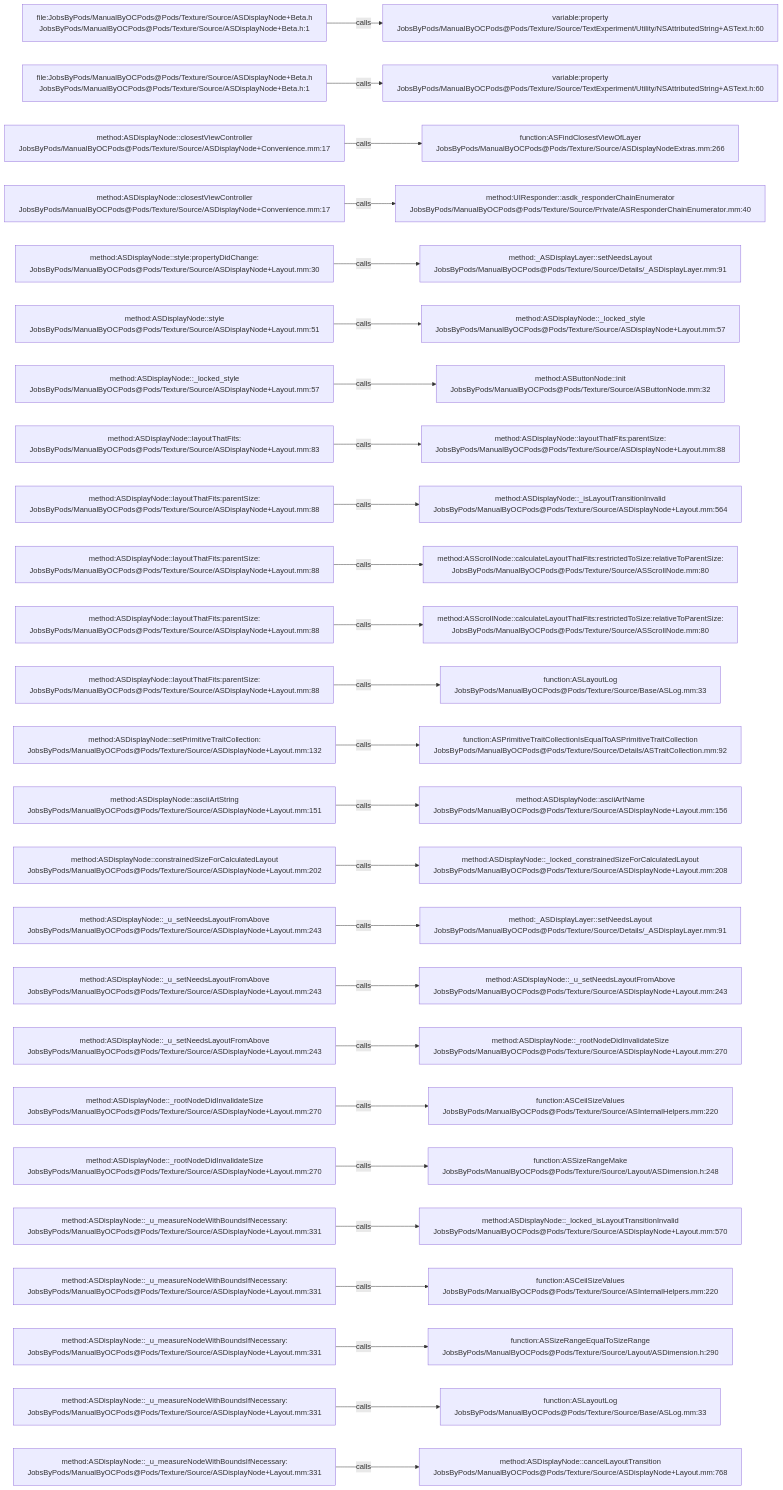
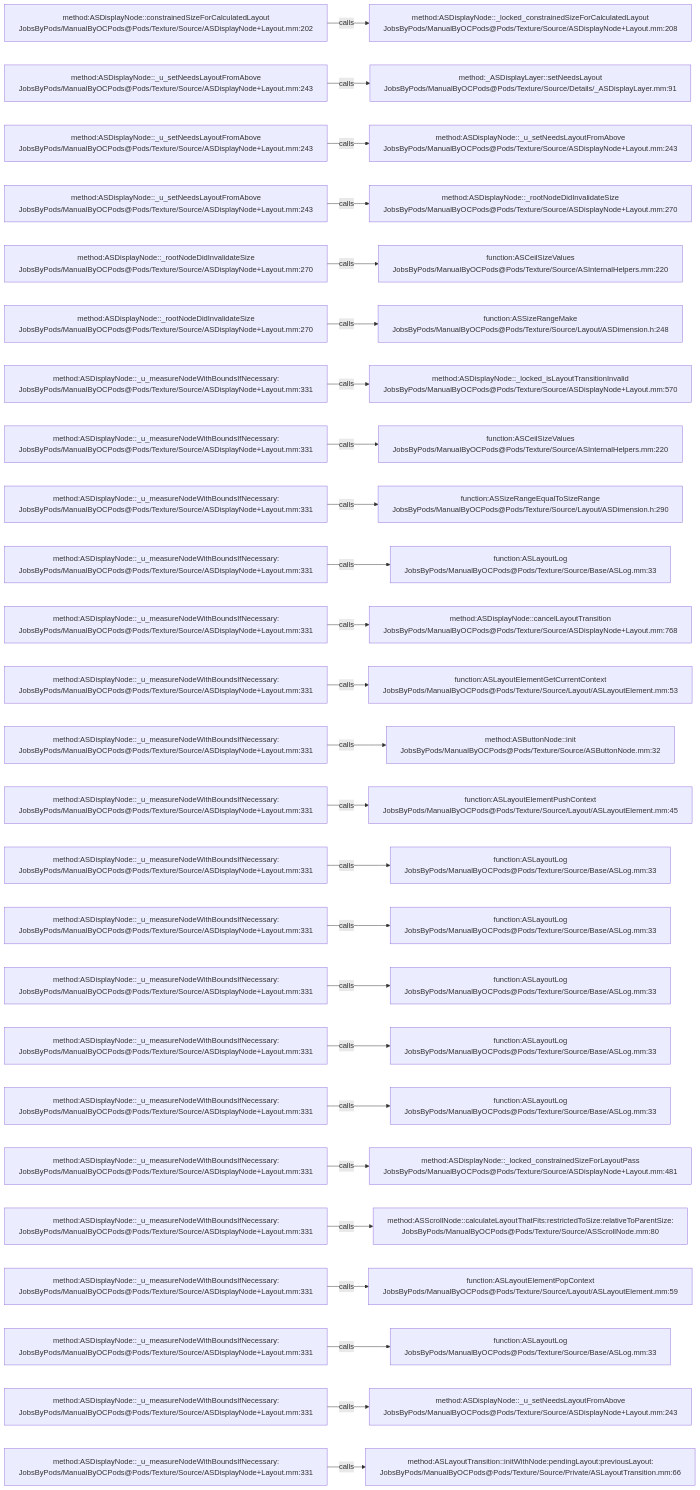
The diagram in .codegraph/codegraph.md/graphs/calls-092.md (JobsKits/JobsOCBaseConfigDemo), drawn with Mermaid before and after one commit. The commit also changed 296 other files, not shown here.

````diff
--- a/.codegraph/codegraph.md/graphs/calls-092.md
+++ b/.codegraph/codegraph.md/graphs/calls-092.md
@@ -13,78 +13,78 @@
 ```mermaid
 flowchart LR
-  S1["file:JobsByPods/ManualByOCPods@Pods/Texture/Source/ASDisplayNode+Beta.h<br/>JobsByPods/ManualByOCPods@Pods/Texture/Source/ASDisplayNode+Beta.h:1"]
-  T1["variable:property<br/>JobsByPods/ManualByOCPods@Pods/Texture/Source/TextExperiment/Utility/NSAttributedString+ASText.h:60"]
+  S1["method:ASDisplayNode::constrainedSizeForCalculatedLayout<br/>JobsByPods/ManualByOCPods@Pods/Texture/Source/ASDisplayNode+Layout.mm:202"]
+  T1["method:ASDisplayNode::_locked_constrainedSizeForCalculatedLayout<br/>JobsByPods/ManualByOCPods@Pods/Texture/Source/ASDisplayNode+Layout.mm:208"]
   S1 -->|calls| T1
-  S2["file:JobsByPods/ManualByOCPods@Pods/Texture/Source/ASDisplayNode+Beta.h<br/>JobsByPods/ManualByOCPods@Pods/Texture/Source/ASDisplayNode+Beta.h:1"]
-  T2["variable:property<br/>JobsByPods/ManualByOCPods@Pods/Texture/Source/TextExperiment/Utility/NSAttributedString+ASText.h:60"]
+  S2["method:ASDisplayNode::_u_setNeedsLayoutFromAbove<br/>JobsByPods/ManualByOCPods@Pods/Texture/Source/ASDisplayNode+Layout.mm:243"]
+  T2["method:_ASDisplayLayer::setNeedsLayout<br/>JobsByPods/ManualByOCPods@Pods/Texture/Source/Details/_ASDisplayLayer.mm:91"]
   S2 -->|calls| T2
-  S3["method:ASDisplayNode::closestViewController<br/>JobsByPods/ManualByOCPods@Pods/Texture/Source/ASDisplayNode+Convenience.mm:17"]
-  T3["function:ASFindClosestViewOfLayer<br/>JobsByPods/ManualByOCPods@Pods/Texture/Source/ASDisplayNodeExtras.mm:266"]
+  S3["method:ASDisplayNode::_u_setNeedsLayoutFromAbove<br/>JobsByPods/ManualByOCPods@Pods/Texture/Source/ASDisplayNode+Layout.mm:243"]
+  T3["method:ASDisplayNode::_u_setNeedsLayoutFromAbove<br/>JobsByPods/ManualByOCPods@Pods/Texture/Source/ASDisplayNode+Layout.mm:243"]
   S3 -->|calls| T3
-  S4["method:ASDisplayNode::closestViewController<br/>JobsByPods/ManualByOCPods@Pods/Texture/Source/ASDisplayNode+Convenience.mm:17"]
-  T4["method:UIResponder::asdk_responderChainEnumerator<br/>JobsByPods/ManualByOCPods@Pods/Texture/Source/Private/ASResponderChainEnumerator.mm:40"]
+  S4["method:ASDisplayNode::_u_setNeedsLayoutFromAbove<br/>JobsByPods/ManualByOCPods@Pods/Texture/Source/ASDisplayNode+Layout.mm:243"]
+  T4["method:ASDisplayNode::_rootNodeDidInvalidateSize<br/>JobsByPods/ManualByOCPods@Pods/Texture/Source/ASDisplayNode+Layout.mm:270"]
   S4 -->|calls| T4
-  S5["method:ASDisplayNode::style:propertyDidChange:<br/>JobsByPods/ManualByOCPods@Pods/Texture/Source/ASDisplayNode+Layout.mm:30"]
-  T5["method:_ASDisplayLayer::setNeedsLayout<br/>JobsByPods/ManualByOCPods@Pods/Texture/Source/Details/_ASDisplayLayer.mm:91"]
+  S5["method:ASDisplayNode::_rootNodeDidInvalidateSize<br/>JobsByPods/ManualByOCPods@Pods/Texture/Source/ASDisplayNode+Layout.mm:270"]
+  T5["function:ASCeilSizeValues<br/>JobsByPods/ManualByOCPods@Pods/Texture/Source/ASInternalHelpers.mm:220"]
   S5 -->|calls| T5
-  S6["method:ASDisplayNode::style<br/>JobsByPods/ManualByOCPods@Pods/Texture/Source/ASDisplayNode+Layout.mm:51"]
-  T6["method:ASDisplayNode::_locked_style<br/>JobsByPods/ManualByOCPods@Pods/Texture/Source/ASDisplayNode+Layout.mm:57"]
+  S6["method:ASDisplayNode::_rootNodeDidInvalidateSize<br/>JobsByPods/ManualByOCPods@Pods/Texture/Source/ASDisplayNode+Layout.mm:270"]
+  T6["function:ASSizeRangeMake<br/>JobsByPods/ManualByOCPods@Pods/Texture/Source/Layout/ASDimension.h:248"]
   S6 -->|calls| T6
-  S7["method:ASDisplayNode::_locked_style<br/>JobsByPods/ManualByOCPods@Pods/Texture/Source/ASDisplayNode+Layout.mm:57"]
-  T7["method:ASButtonNode::init<br/>JobsByPods/ManualByOCPods@Pods/Texture/Source/ASButtonNode.mm:32"]
+  S7["method:ASDisplayNode::_u_measureNodeWithBoundsIfNecessary:<br/>JobsByPods/ManualByOCPods@Pods/Texture/Source/ASDisplayNode+Layout.mm:331"]
+  T7["method:ASDisplayNode::_locked_isLayoutTransitionInvalid<br/>JobsByPods/ManualByOCPods@Pods/Texture/Source/ASDisplayNode+Layout.mm:570"]
   S7 -->|calls| T7
-  S8["method:ASDisplayNode::layoutThatFits:<br/>JobsByPods/ManualByOCPods@Pods/Texture/Source/ASDisplayNode+Layout.mm:83"]
-  T8["method:ASDisplayNode::layoutThatFits:parentSize:<br/>JobsByPods/ManualByOCPods@Pods/Texture/Source/ASDisplayNode+Layout.mm:88"]
+  S8["method:ASDisplayNode::_u_measureNodeWithBoundsIfNecessary:<br/>JobsByPods/ManualByOCPods@Pods/Texture/Source/ASDisplayNode+Layout.mm:331"]
+  T8["function:ASCeilSizeValues<br/>JobsByPods/ManualByOCPods@Pods/Texture/Source/ASInternalHelpers.mm:220"]
   S8 -->|calls| T8
-  S9["method:ASDisplayNode::layoutThatFits:parentSize:<br/>JobsByPods/ManualByOCPods@Pods/Texture/Source/ASDisplayNode+Layout.mm:88"]
-  T9["method:ASDisplayNode::_isLayoutTransitionInvalid<br/>JobsByPods/ManualByOCPods@Pods/Texture/Source/ASDisplayNode+Layout.mm:564"]
+  S9["method:ASDisplayNode::_u_measureNodeWithBoundsIfNecessary:<br/>JobsByPods/ManualByOCPods@Pods/Texture/Source/ASDisplayNode+Layout.mm:331"]
+  T9["function:ASSizeRangeEqualToSizeRange<br/>JobsByPods/ManualByOCPods@Pods/Texture/Source/Layout/ASDimension.h:290"]
   S9 -->|calls| T9
-  S10["method:ASDisplayNode::layoutThatFits:parentSize:<br/>JobsByPods/ManualByOCPods@Pods/Texture/Source/ASDisplayNode+Layout.mm:88"]
-  T10["method:ASScrollNode::calculateLayoutThatFits:restrictedToSize:relativeToParentSize:<br/>JobsByPods/ManualByOCPods@Pods/Texture/Source/ASScrollNode.mm:80"]
+  S10["method:ASDisplayNode::_u_measureNodeWithBoundsIfNecessary:<br/>JobsByPods/ManualByOCPods@Pods/Texture/Source/ASDisplayNode+Layout.mm:331"]
+  T10["function:ASLayoutLog<br/>JobsByPods/ManualByOCPods@Pods/Texture/Source/Base/ASLog.mm:33"]
   S10 -->|calls| T10
-  S11["method:ASDisplayNode::layoutThatFits:parentSize:<br/>JobsByPods/ManualByOCPods@Pods/Texture/Source/ASDisplayNode+Layout.mm:88"]
-  T11["method:ASScrollNode::calculateLayoutThatFits:restrictedToSize:relativeToParentSize:<br/>JobsByPods/ManualByOCPods@Pods/Texture/Source/ASScrollNode.mm:80"]
+  S11["method:ASDisplayNode::_u_measureNodeWithBoundsIfNecessary:<br/>JobsByPods/ManualByOCPods@Pods/Texture/Source/ASDisplayNode+Layout.mm:331"]
+  T11["method:ASDisplayNode::cancelLayoutTransition<br/>JobsByPods/ManualByOCPods@Pods/Texture/Source/ASDisplayNode+Layout.mm:768"]
   S11 -->|calls| T11
-  S12["method:ASDisplayNode::layoutThatFits:parentSize:<br/>JobsByPods/ManualByOCPods@Pods/Texture/Source/ASDisplayNode+Layout.mm:88"]
-  T12["function:ASLayoutLog<br/>JobsByPods/ManualByOCPods@Pods/Texture/Source/Base/ASLog.mm:33"]
+  S12["method:ASDisplayNode::_u_measureNodeWithBoundsIfNecessary:<br/>JobsByPods/ManualByOCPods@Pods/Texture/Source/ASDisplayNode+Layout.mm:331"]
+  T12["function:ASLayoutElementGetCurrentContext<br/>JobsByPods/ManualByOCPods@Pods/Texture/Source/Layout/ASLayoutElement.mm:53"]
   S12 -->|calls| T12
-  S13["method:ASDisplayNode::setPrimitiveTraitCollection:<br/>JobsByPods/ManualByOCPods@Pods/Texture/Source/ASDisplayNode+Layout.mm:132"]
-  T13["function:ASPrimitiveTraitCollectionIsEqualToASPrimitiveTraitCollection<br/>JobsByPods/ManualByOCPods@Pods/Texture/Source/Details/ASTraitCollection.mm:92"]
+  S13["method:ASDisplayNode::_u_measureNodeWithBoundsIfNecessary:<br/>JobsByPods/ManualByOCPods@Pods/Texture/Source/ASDisplayNode+Layout.mm:331"]
+  T13["method:ASButtonNode::init<br/>JobsByPods/ManualByOCPods@Pods/Texture/Source/ASButtonNode.mm:32"]
   S13 -->|calls| T13
-  S14["method:ASDisplayNode::asciiArtString<br/>JobsByPods/ManualByOCPods@Pods/Texture/Source/ASDisplayNode+Layout.mm:151"]
-  T14["method:ASDisplayNode::asciiArtName<br/>JobsByPods/ManualByOCPods@Pods/Texture/Source/ASDisplayNode+Layout.mm:156"]
+  S14["method:ASDisplayNode::_u_measureNodeWithBoundsIfNecessary:<br/>JobsByPods/ManualByOCPods@Pods/Texture/Source/ASDisplayNode+Layout.mm:331"]
+  T14["function:ASLayoutElementPushContext<br/>JobsByPods/ManualByOCPods@Pods/Texture/Source/Layout/ASLayoutElement.mm:45"]
   S14 -->|calls| T14
-  S15["method:ASDisplayNode::constrainedSizeForCalculatedLayout<br/>JobsByPods/ManualByOCPods@Pods/Texture/Source/ASDisplayNode+Layout.mm:202"]
-  T15["method:ASDisplayNode::_locked_constrainedSizeForCalculatedLayout<br/>JobsByPods/ManualByOCPods@Pods/Texture/Source/ASDisplayNode+Layout.mm:208"]
+  S15["method:ASDisplayNode::_u_measureNodeWithBoundsIfNecessary:<br/>JobsByPods/ManualByOCPods@Pods/Texture/Source/ASDisplayNode+Layout.mm:331"]
+  T15["function:ASLayoutLog<br/>JobsByPods/ManualByOCPods@Pods/Texture/Source/Base/ASLog.mm:33"]
   S15 -->|calls| T15
-  S16["method:ASDisplayNode::_u_setNeedsLayoutFromAbove<br/>JobsByPods/ManualByOCPods@Pods/Texture/Source/ASDisplayNode+Layout.mm:243"]
-  T16["method:_ASDisplayLayer::setNeedsLayout<br/>JobsByPods/ManualByOCPods@Pods/Texture/Source/Details/_ASDisplayLayer.mm:91"]
+  S16["method:ASDisplayNode::_u_measureNodeWithBoundsIfNecessary:<br/>JobsByPods/ManualByOCPods@Pods/Texture/Source/ASDisplayNode+Layout.mm:331"]
+  T16["function:ASLayoutLog<br/>JobsByPods/ManualByOCPods@Pods/Texture/Source/Base/ASLog.mm:33"]
   S16 -->|calls| T16
-  S17["method:ASDisplayNode::_u_setNeedsLayoutFromAbove<br/>JobsByPods/ManualByOCPods@Pods/Texture/Source/ASDisplayNode+Layout.mm:243"]
-  T17["method:ASDisplayNode::_u_setNeedsLayoutFromAbove<br/>JobsByPods/ManualByOCPods@Pods/Texture/Source/ASDisplayNode+Layout.mm:243"]
+  S17["method:ASDisplayNode::_u_measureNodeWithBoundsIfNecessary:<br/>JobsByPods/ManualByOCPods@Pods/Texture/Source/ASDisplayNode+Layout.mm:331"]
+  T17["function:ASLayoutLog<br/>JobsByPods/ManualByOCPods@Pods/Texture/Source/Base/ASLog.mm:33"]
   S17 -->|calls| T17
-  S18["method:ASDisplayNode::_u_setNeedsLayoutFromAbove<br/>JobsByPods/ManualByOCPods@Pods/Texture/Source/ASDisplayNode+Layout.mm:243"]
-  T18["method:ASDisplayNode::_rootNodeDidInvalidateSize<br/>JobsByPods/ManualByOCPods@Pods/Texture/Source/ASDisplayNode+Layout.mm:270"]
+  S18["method:ASDisplayNode::_u_measureNodeWithBoundsIfNecessary:<br/>JobsByPods/ManualByOCPods@Pods/Texture/Source/ASDisplayNode+Layout.mm:331"]
+  T18["function:ASLayoutLog<br/>JobsByPods/ManualByOCPods@Pods/Texture/Source/Base/ASLog.mm:33"]
   S18 -->|calls| T18
-  S19["method:ASDisplayNode::_rootNodeDidInvalidateSize<br/>JobsByPods/ManualByOCPods@Pods/Texture/Source/ASDisplayNode+Layout.mm:270"]
-  T19["function:ASCeilSizeValues<br/>JobsByPods/ManualByOCPods@Pods/Texture/Source/ASInternalHelpers.mm:220"]
+  S19["method:ASDisplayNode::_u_measureNodeWithBoundsIfNecessary:<br/>JobsByPods/ManualByOCPods@Pods/Texture/Source/ASDisplayNode+Layout.mm:331"]
+  T19["function:ASLayoutLog<br/>JobsByPods/ManualByOCPods@Pods/Texture/Source/Base/ASLog.mm:33"]
   S19 -->|calls| T19
-  S20["method:ASDisplayNode::_rootNodeDidInvalidateSize<br/>JobsByPods/ManualByOCPods@Pods/Texture/Source/ASDisplayNode+Layout.mm:270"]
-  T20["function:ASSizeRangeMake<br/>JobsByPods/ManualByOCPods@Pods/Texture/Source/Layout/ASDimension.h:248"]
+  S20["method:ASDisplayNode::_u_measureNodeWithBoundsIfNecessary:<br/>JobsByPods/ManualByOCPods@Pods/Texture/Source/ASDisplayNode+Layout.mm:331"]
+  T20["method:ASDisplayNode::_locked_constrainedSizeForLayoutPass<br/>JobsByPods/ManualByOCPods@Pods/Texture/Source/ASDisplayNode+Layout.mm:481"]
   S20 -->|calls| T20
   S21["method:ASDisplayNode::_u_measureNodeWithBoundsIfNecessary:<br/>JobsByPods/ManualByOCPods@Pods/Texture/Source/ASDisplayNode+Layout.mm:331"]
-  T21["method:ASDisplayNode::_locked_isLayoutTransitionInvalid<br/>JobsByPods/ManualByOCPods@Pods/Texture/Source/ASDisplayNode+Layout.mm:570"]
+  T21["method:ASScrollNode::calculateLayoutThatFits:restrictedToSize:relativeToParentSize:<br/>JobsByPods/ManualByOCPods@Pods/Texture/Source/ASScrollNode.mm:80"]
   S21 -->|calls| T21
   S22["method:ASDisplayNode::_u_measureNodeWithBoundsIfNecessary:<br/>JobsByPods/ManualByOCPods@Pods/Texture/Source/ASDisplayNode+Layout.mm:331"]
-  T22["function:ASCeilSizeValues<br/>JobsByPods/ManualByOCPods@Pods/Texture/Source/ASInternalHelpers.mm:220"]
+  T22["function:ASLayoutElementPopContext<br/>JobsByPods/ManualByOCPods@Pods/Texture/Source/Layout/ASLayoutElement.mm:59"]
   S22 -->|calls| T22
   S23["method:ASDisplayNode::_u_measureNodeWithBoundsIfNecessary:<br/>JobsByPods/ManualByOCPods@Pods/Texture/Source/ASDisplayNode+Layout.mm:331"]
-  T23["function:ASSizeRangeEqualToSizeRange<br/>JobsByPods/ManualByOCPods@Pods/Texture/Source/Layout/ASDimension.h:290"]
+  T23["function:ASLayoutLog<br/>JobsByPods/ManualByOCPods@Pods/Texture/Source/Base/ASLog.mm:33"]
   S23 -->|calls| T23
   S24["method:ASDisplayNode::_u_measureNodeWithBoundsIfNecessary:<br/>JobsByPods/ManualByOCPods@Pods/Texture/Source/ASDisplayNode+Layout.mm:331"]
-  T24["function:ASLayoutLog<br/>JobsByPods/ManualByOCPods@Pods/Texture/Source/Base/ASLog.mm:33"]
+  T24["method:ASDisplayNode::_u_setNeedsLayoutFromAbove<br/>JobsByPods/ManualByOCPods@Pods/Texture/Source/ASDisplayNode+Layout.mm:243"]
   S24 -->|calls| T24
   S25["method:ASDisplayNode::_u_measureNodeWithBoundsIfNecessary:<br/>JobsByPods/ManualByOCPods@Pods/Texture/Source/ASDisplayNode+Layout.mm:331"]
-  T25["method:ASDisplayNode::cancelLayoutTransition<br/>JobsByPods/ManualByOCPods@Pods/Texture/Source/ASDisplayNode+Layout.mm:768"]
+  T25["method:ASLayoutTransition::initWithNode:pendingLayout:previousLayout:<br/>JobsByPods/ManualByOCPods@Pods/Texture/Source/Private/ASLayoutTransition.mm:66"]
   S25 -->|calls| T25
 ```
````
